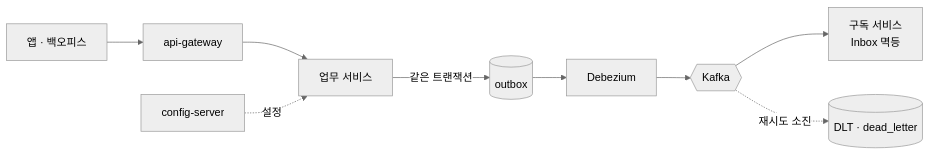
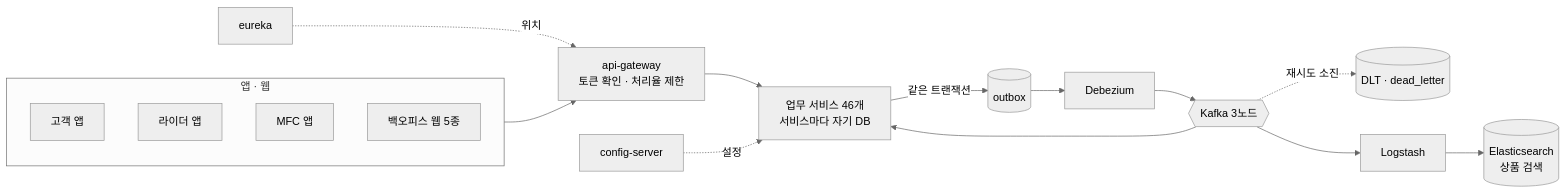
One commit to SOS040/pmart-backend-fork changed the diagram in README.md. Above: the diagram before and after it, drawn with Mermaid (neutral theme). The commit also changed other lines of this file, not shown here.

First line of the commit message:
docs: README 꾸밈 — 머리말·배지·규모 숫자·구조도·부하 시험 결과·저장소 구성

````diff
--- a/README.md
+++ b/README.md
@@ -41,10 +48,18 @@
 ```mermaid
 flowchart LR
-    App[앱 · 백오피스] --> GW[api-gateway]
-    GW --> SVC[업무 서비스]
+    subgraph Client[앱 · 웹]
+        CA[고객 앱]
+        RA[라이더 앱]
+        MA[MFC 앱]
+        BO[백오피스 웹 5종]
+    end
+    Client --> GW[api-gateway<br/>토큰 확인 · 처리율 제한]
+    GW --> SVC[업무 서비스 46개<br/>서비스마다 자기 DB]
     SVC -->|같은 트랜잭션| OB[(outbox)]
-    OB --> DBZ[Debezium] --> K{{Kafka}}
-    K --> IN[구독 서비스<br/>Inbox 멱등]
+    OB --> DBZ[Debezium] --> K{{Kafka 3노드}}
+    K --> SVC
     K -.재시도 소진.-> DLT[(DLT · dead_letter)]
+    K --> LS[Logstash] --> ES[(Elasticsearch<br/>상품 검색)]
     CFG[config-server] -.설정.-> SVC
+    EU[eureka] -.위치.-> GW
 ```
````
